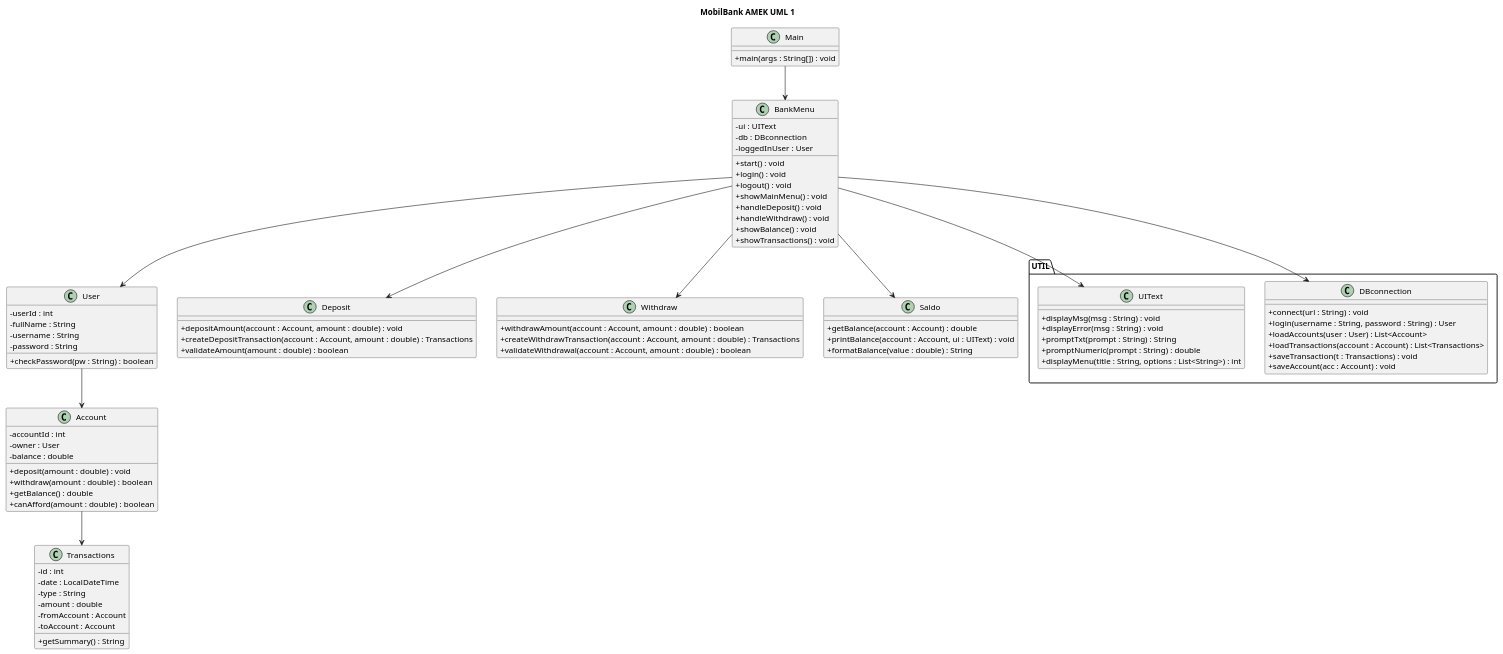
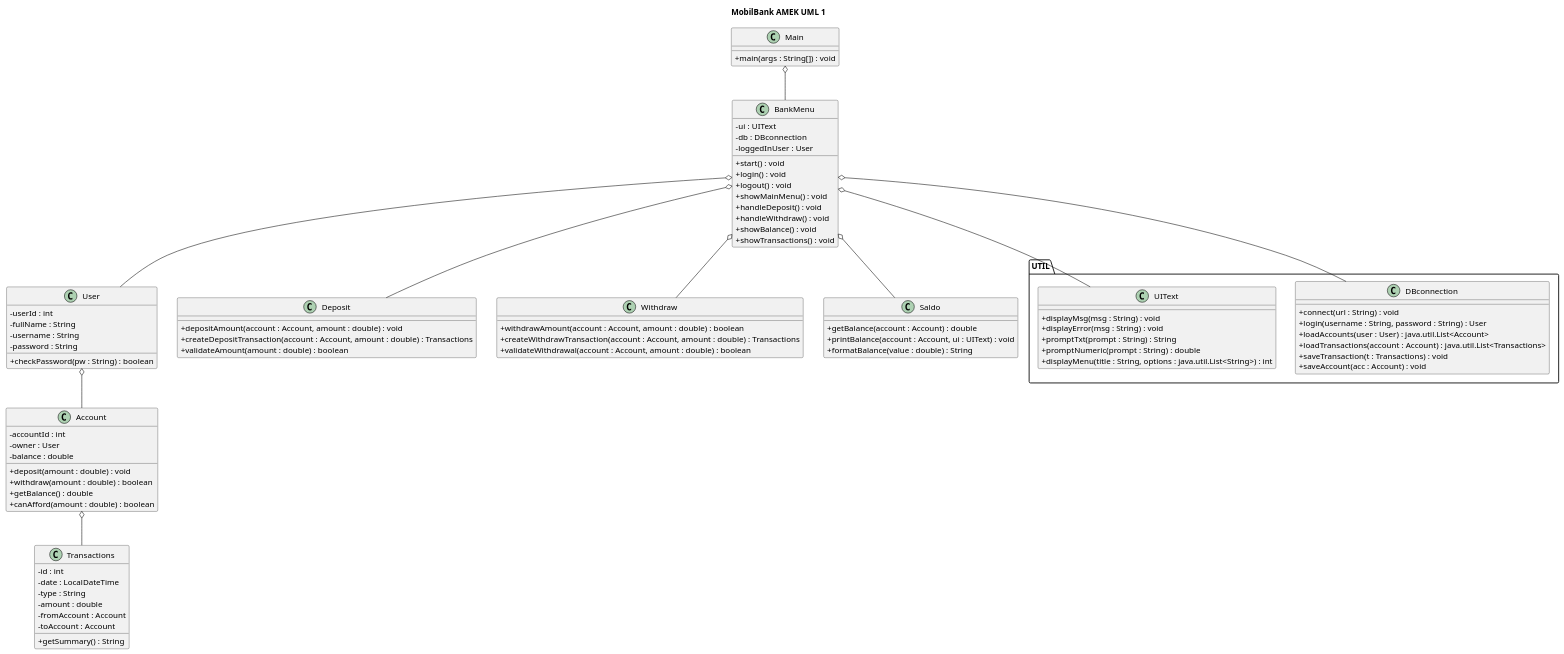
The diagram in data/klassediagram.puml (KhattabE/BANKSYSTEMICE), drawn with PlantUML before and after one commit.

Commit message:
klassediagram

```diff
--- a/data/klassediagram.puml
+++ b/data/klassediagram.puml
@@ -1,115 +1,112 @@
 @startuml
 skinparam classAttributeIconSize 0
 title MobilBank AMEK UML 1
 
-' -------- MAIN --------
+' ---------- MAIN ----------
 class Main {
     + main(args : String[]) : void
 }
-Main --> BankMenu
 
-
-' -------- BANKMENU --------
+' ---------- BANKMENU ----------
 class BankMenu {
     - ui : UIText
     - db : DBconnection
     - loggedInUser : User
 
     + start() : void
     + login() : void
     + logout() : void
     + showMainMenu() : void
     + handleDeposit() : void
     + handleWithdraw() : void
     + showBalance() : void
     + showTransactions() : void
 }
 
-
-' -------- DOMAIN --------
+' ---------- DOMAIN ----------
 class User {
     - userId : int
     - fullName : String
     - username : String
     - password : String
 
     + checkPassword(pw : String) : boolean
 }
 
 class Account {
     - accountId : int
     - owner : User
     - balance : double
 
     + deposit(amount : double) : void
     + withdraw(amount : double) : boolean
     + getBalance() : double
     + canAfford(amount : double) : boolean
 }
 
 class Transactions {
     - id : int
     - date : LocalDateTime
     - type : String
     - amount : double
     - fromAccount : Account
     - toAccount : Account
 
     + getSummary() : String
 }
 
-
-' -------- SERVICES --------
+' ---------- SERVICES ----------
 class Deposit {
     + depositAmount(account : Account, amount : double) : void
     + createDepositTransaction(account : Account, amount : double) : Transactions
     + validateAmount(amount : double) : boolean
 }
 
 class Withdraw {
     + withdrawAmount(account : Account, amount : double) : boolean
     + createWithdrawTransaction(account : Account, amount : double) : Transactions
     + validateWithdrawal(account : Account, amount : double) : boolean
 }
 
 class Saldo {
     + getBalance(account : Account) : double
     + printBalance(account : Account, ui : UIText) : void
     + formatBalance(value : double) : String
 }
 
+' ---------- UTIL ----------
+package UTIL {
+    class DBconnection {
+        + connect(url : String) : void
+        + login(username : String, password : String) : User
+        + loadAccounts(user : User) : java.util.List<Account>
+        + loadTransactions(account : Account) : java.util.List<Transactions>
+        + saveTransaction(t : Transactions) : void
+        + saveAccount(acc : Account) : void
+    }
 
-' -------- UTIL --------
-package UTIL {
-class DBconnection {
-    + connect(url : String) : void
-    + login(username : String, password : String) : User
-    + loadAccounts(user : User) : List<Account>
-    + loadTransactions(account : Account) : List<Transactions>
-    + saveTransaction(t : Transactions) : void
-    + saveAccount(acc : Account) : void
+    class UIText {
+        + displayMsg(msg : String) : void
+        + displayError(msg : String) : void
+        + promptTxt(prompt : String) : String
+        + promptNumeric(prompt : String) : double
+        + displayMenu(title : String, options : java.util.List<String>) : int
+    }
 }
 
-class UIText {
-    + displayMsg(msg : String) : void
-    + displayError(msg : String) : void
-    + promptTxt(prompt : String) : String
-    + promptNumeric(prompt : String) : double
-    + displayMenu(title : String, options : List<String>) : int
-}
-}
+' ---------- RELATIONER ----------
+Main o-- BankMenu
 
+BankMenu o-- User
+User o-- Account
+Account o-- Transactions
 
-' -------- RELATIONER --------
-BankMenu --> User
-User --> Account
-Account --> Transactions
+BankMenu o-- Deposit
+BankMenu o-- Withdraw
+BankMenu o-- Saldo
 
-BankMenu --> Deposit
-BankMenu --> Withdraw
-BankMenu --> Saldo
-
-BankMenu --> DBconnection
-BankMenu --> UIText
+' UTIL beholder normal dependency
+BankMenu o-- DBconnection
+BankMenu o-- UIText
 
 @enduml
```
